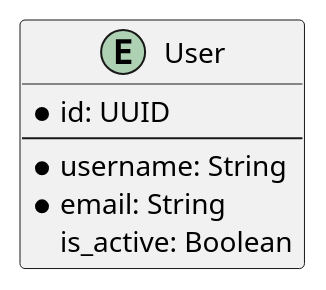
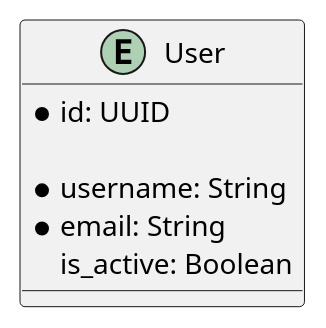
The diagram in source/normativa/procedimientos/PROC_Generacion_FD_1_0_0.rst (jcg-admin/IACT-docs), drawn with PlantUML before and after one commit. The commit also changed other lines of this file and 286 other files, not shown here.

```diff
--- a/source/normativa/procedimientos/PROC_Generacion_FD_1_0_0.rst
+++ b/source/normativa/procedimientos/PROC_Generacion_FD_1_0_0.rst
@@ -103,11 +103,11 @@
    .. uml::
    
       @startuml
       entity User {
         * id: UUID
-        --
+                  
         * username: String
         * email: String
         is_active: Boolean
       }
       @enduml
```
